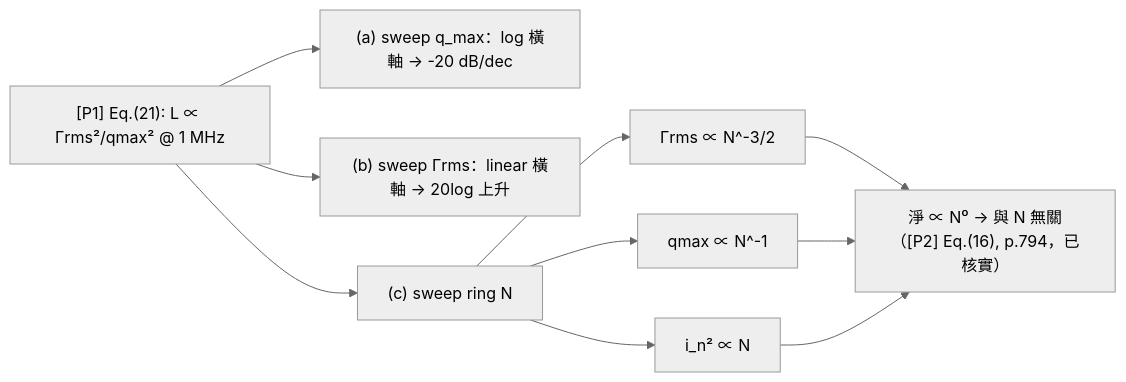
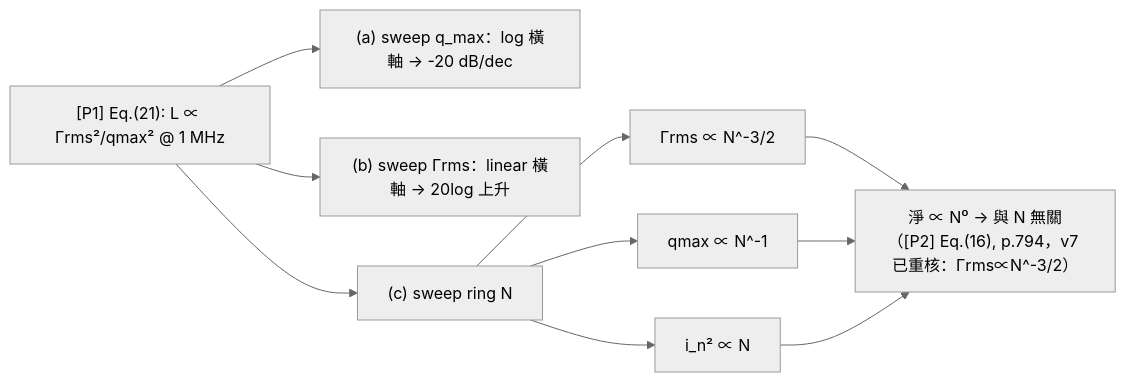
The diagram in docs/04_simulation_labs/lab_17_design_tradeoffs.md (gmcycle7/isf-teaching-site), drawn with Mermaid (neutral theme) before and after one commit. The commit also changed other lines of this file and 117 other files, not shown here.

````diff
--- a/docs/04_simulation_labs/lab_17_design_tradeoffs.md
+++ b/docs/04_simulation_labs/lab_17_design_tradeoffs.md
@@ -69,12 +70,12 @@
 ```mermaid
 flowchart LR
     A["[P1] Eq.(21): L ∝ Γrms²/qmax² @ 1 MHz"] --> B["(a) sweep q_max：log 橫軸 → -20 dB/dec"]
     A --> C["(b) sweep Γrms：linear 橫軸 → 20log 上升"]
     A --> D["(c) sweep ring N"]
     D --> D1["Γrms ∝ N^-3/2"]
     D --> D2["qmax ∝ N^-1"]
     D --> D3["i_n² ∝ N"]
-    D1 --> E["淨 ∝ N⁰ → 與 N 無關（[P2] Eq.(16), p.794，已核實）"]
+    D1 --> E["淨 ∝ N⁰ → 與 N 無關（[P2] Eq.(16), p.794，v7 已重核：Γrms∝N^-3/2）"]
     D2 --> E
     D3 --> E
 ```
````
